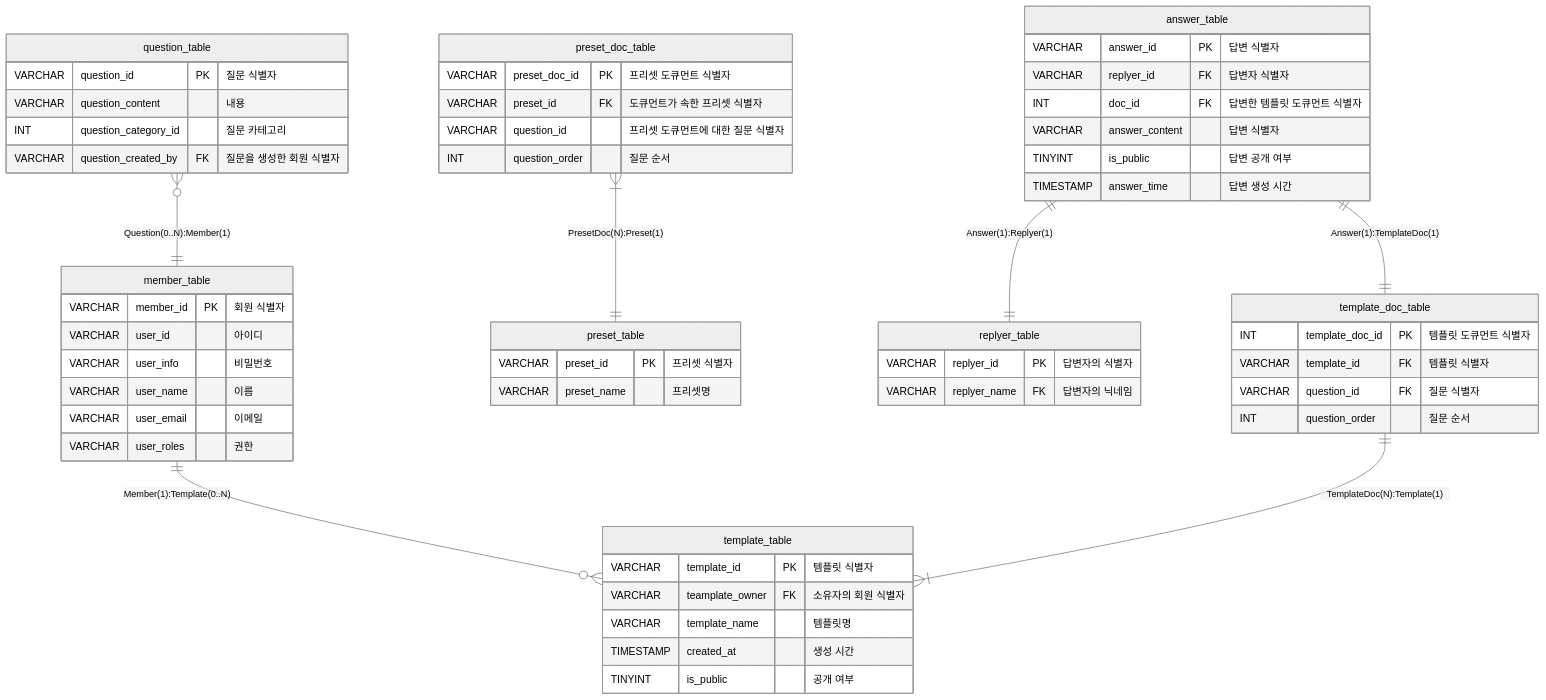
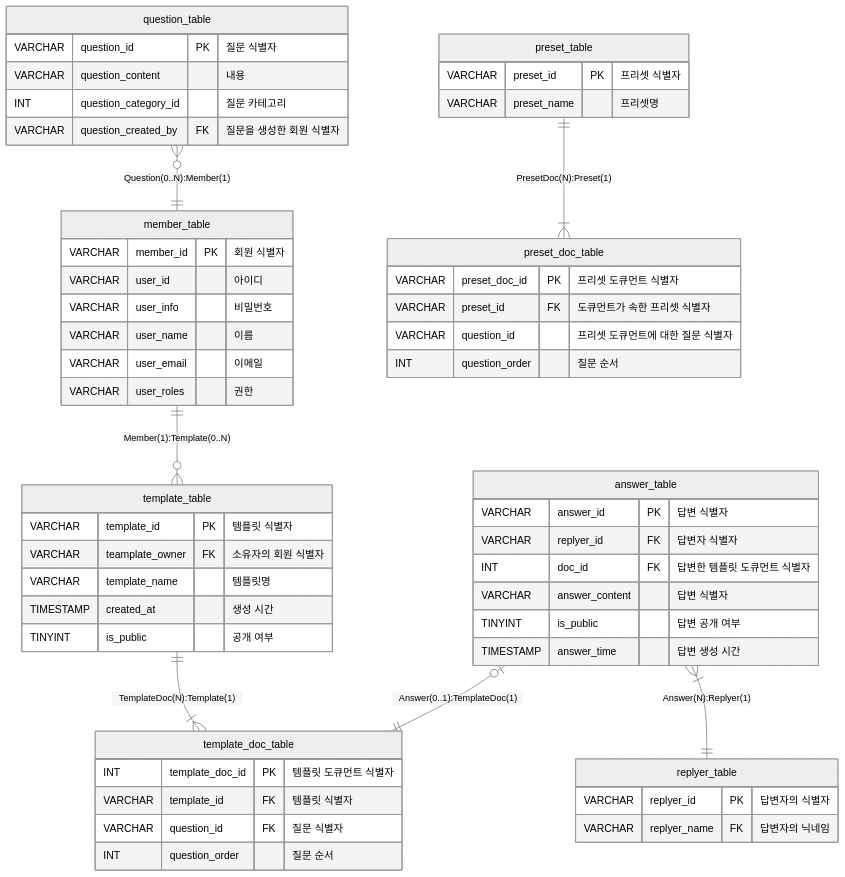
One commit to TenQuest-Team/TenQuest-BE changed the diagram in README.md. Above: the diagram before and after it, drawn with Mermaid (neutral theme).

Commit message:
fix: ERD 잘못된 부분 수정

````diff
--- a/README.md
+++ b/README.md
@@ -5,70 +5,70 @@
 ```mermaid
 erDiagram
   member_table{
         VARCHAR member_id PK "회원 식별자"
         VARCHAR user_id "아이디"
         VARCHAR user_info "비밀번호"
         VARCHAR user_name "이름"
         VARCHAR user_email "이메일"
         VARCHAR user_roles "권한"
     }
 
   member_table || -- o{ template_table : "Member(1):Template(0..N)"
     
 	template_table{
       VARCHAR template_id PK "템플릿 식별자"
 			VARCHAR teamplate_owner FK "소유자의 회원 식별자"
 			VARCHAR template_name "템플릿명"
 			TIMESTAMP created_at "생성 시간" 
 			TINYINT is_public "공개 여부"
 }
-  template_doc_table || -- |{ template_table : "TemplateDoc(N):Template(1)"
+  template_table || -- |{ template_doc_table : "TemplateDoc(N):Template(1)"
 	template_doc_table{
 		INT template_doc_id PK "템플릿 도큐먼트 식별자"
 		VARCHAR template_id FK "템플릿 식별자"
 		VARCHAR question_id FK "질문 식별자"
 		INT question_order "질문 순서" 
 	}
 	
 	preset_table{
 		VARCHAR preset_id PK "프리셋 식별자"
 		VARCHAR preset_name "프리셋명"
 	}
 
-	preset_doc_table }| -- || preset_table : "PresetDoc(N):Preset(1)"
+	preset_table || -- |{ preset_doc_table : "PresetDoc(N):Preset(1)"
 	%% `PresetDoc`은 하나의 Preset을 이루는 항목이다.
 	preset_doc_table{
 		VARCHAR preset_doc_id PK "프리셋 도큐먼트 식별자"
 		VARCHAR	preset_id FK "도큐먼트가 속한 프리셋 식별자"
 		VARCHAR	question_id "프리셋 도큐먼트에 대한 질문 식별자"
 		INT question_order "질문 순서"
 	}
 
 	replyer_table{
 		VARCHAR replyer_id PK "답변자의 식별자"
 		VARCHAR replyer_name FK "답변자의 닉네임"
 	}
 
 
-	answer_table || -- || replyer_table : "Answer(1):Replyer(1)"
-	answer_table || -- || template_doc_table : "Answer(1):TemplateDoc(1)"
+	answer_table }| -- || replyer_table : "Answer(N):Replyer(1)"
+	answer_table |o -- || template_doc_table : "Answer(0..1):TemplateDoc(1)"
 	answer_table{
 		VARCHAR answer_id PK "답변 식별자"
 		VARCHAR replyer_id FK "답변자 식별자"
 		INT doc_id FK "답변한 템플릿 도큐먼트 식별자"
 		VARCHAR answer_content "답변 식별자"
 		TINYINT is_public "답변 공개 여부"
 		TIMESTAMP answer_time "답변 생성 시간"
 	}
 
 
 	question_table }o -- || member_table : "Question(0..N):Member(1)"
 	
 	question_table{
 		VARCHAR question_id PK "질문 식별자"
 		VARCHAR question_content "내용"
 		INT question_category_id "질문 카테고리"
 		VARCHAR question_created_by FK "질문을 생성한 회원 식별자"
 	}
 
 ```
````
